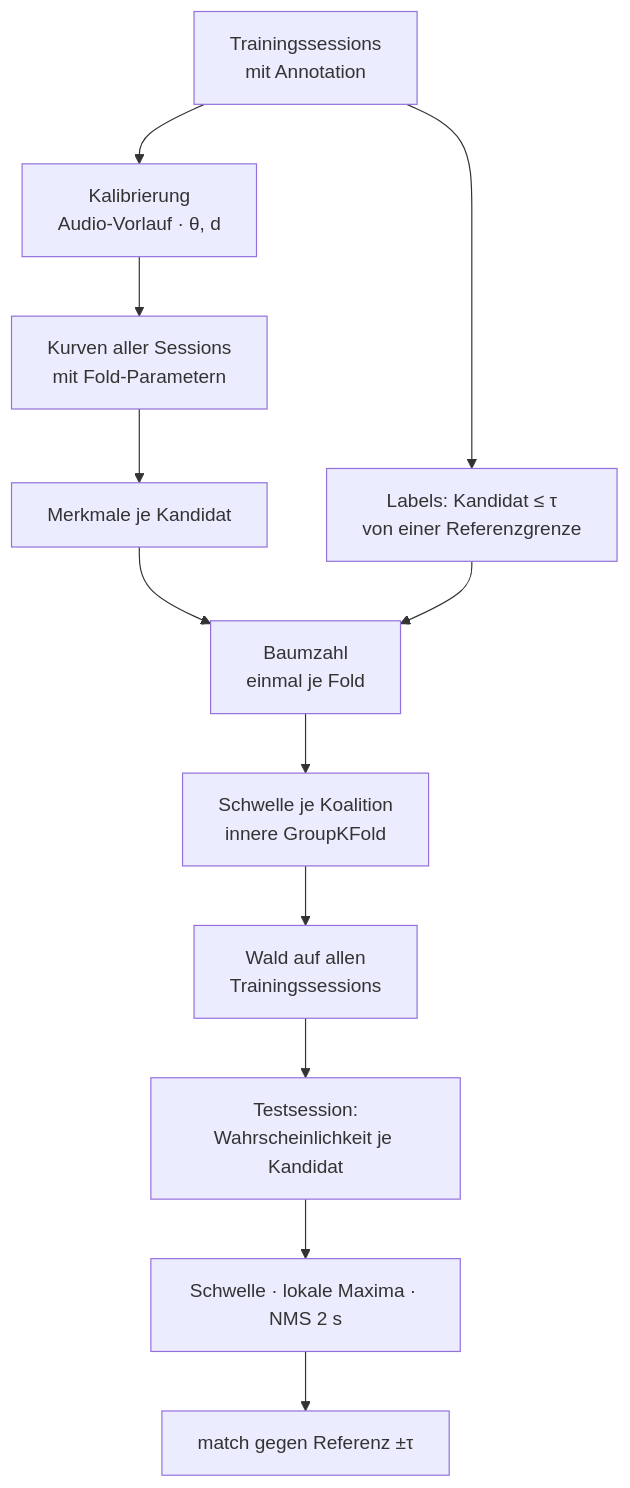
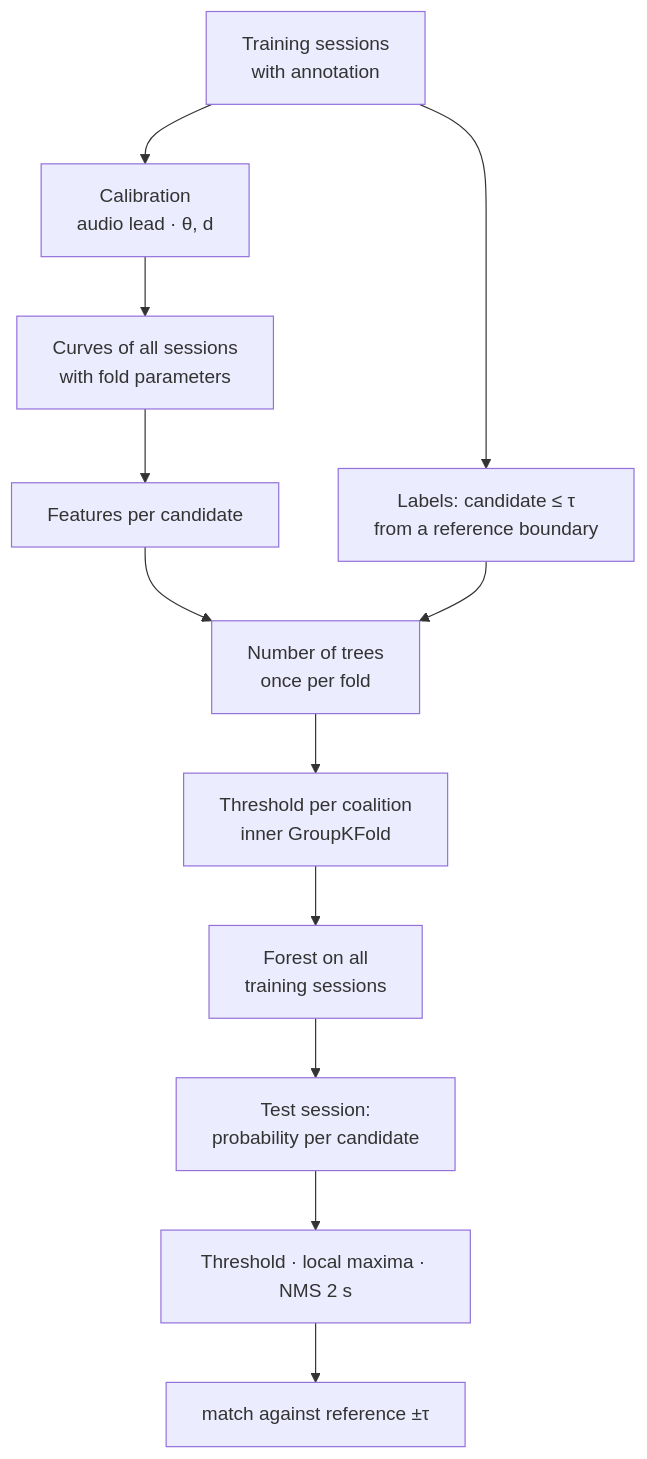
The diagram in docs/architecture/evaluation.md (mueller-marcel/docu-pilot), drawn with Mermaid before and after one commit. The commit also changed other lines of this file and 65 other files, not shown here.

````diff
--- a/docs/architecture/evaluation.md
+++ b/docs/architecture/evaluation.md
@@ -41,13 +41,13 @@
 ```{mermaid}
 flowchart TB
-    T[Trainingssessions<br/>mit Annotation] --> C[Kalibrierung<br/>Audio-Vorlauf · θ, d]
-    C --> K[Kurven aller Sessions<br/>mit Fold-Parametern]
-    K --> F[Merkmale je Kandidat]
-    T --> L[Labels: Kandidat ≤ τ<br/>von einer Referenzgrenze]
-    F & L --> B[Baumzahl<br/>einmal je Fold]
-    B --> S[Schwelle je Koalition<br/>innere GroupKFold]
-    S --> W[Wald auf allen<br/>Trainingssessions]
-    W --> P[Testsession:<br/>Wahrscheinlichkeit je Kandidat]
-    P --> D[Schwelle · lokale Maxima · NMS 2 s]
-    D --> M[match gegen Referenz ±τ]
+    T[Training sessions<br/>with annotation] --> C[Calibration<br/>audio lead · θ, d]
+    C --> K[Curves of all sessions<br/>with fold parameters]
+    K --> F[Features per candidate]
+    T --> L[Labels: candidate ≤ τ<br/>from a reference boundary]
+    F & L --> B[Number of trees<br/>once per fold]
+    B --> S[Threshold per coalition<br/>inner GroupKFold]
+    S --> W[Forest on all<br/>training sessions]
+    W --> P[Test session:<br/>probability per candidate]
+    P --> D[Threshold · local maxima · NMS 2 s]
+    D --> M[match against reference ±τ]
 ```
````
